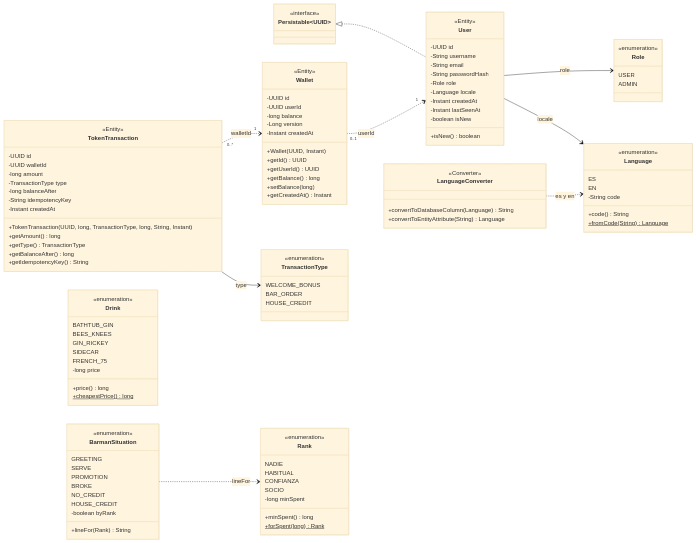
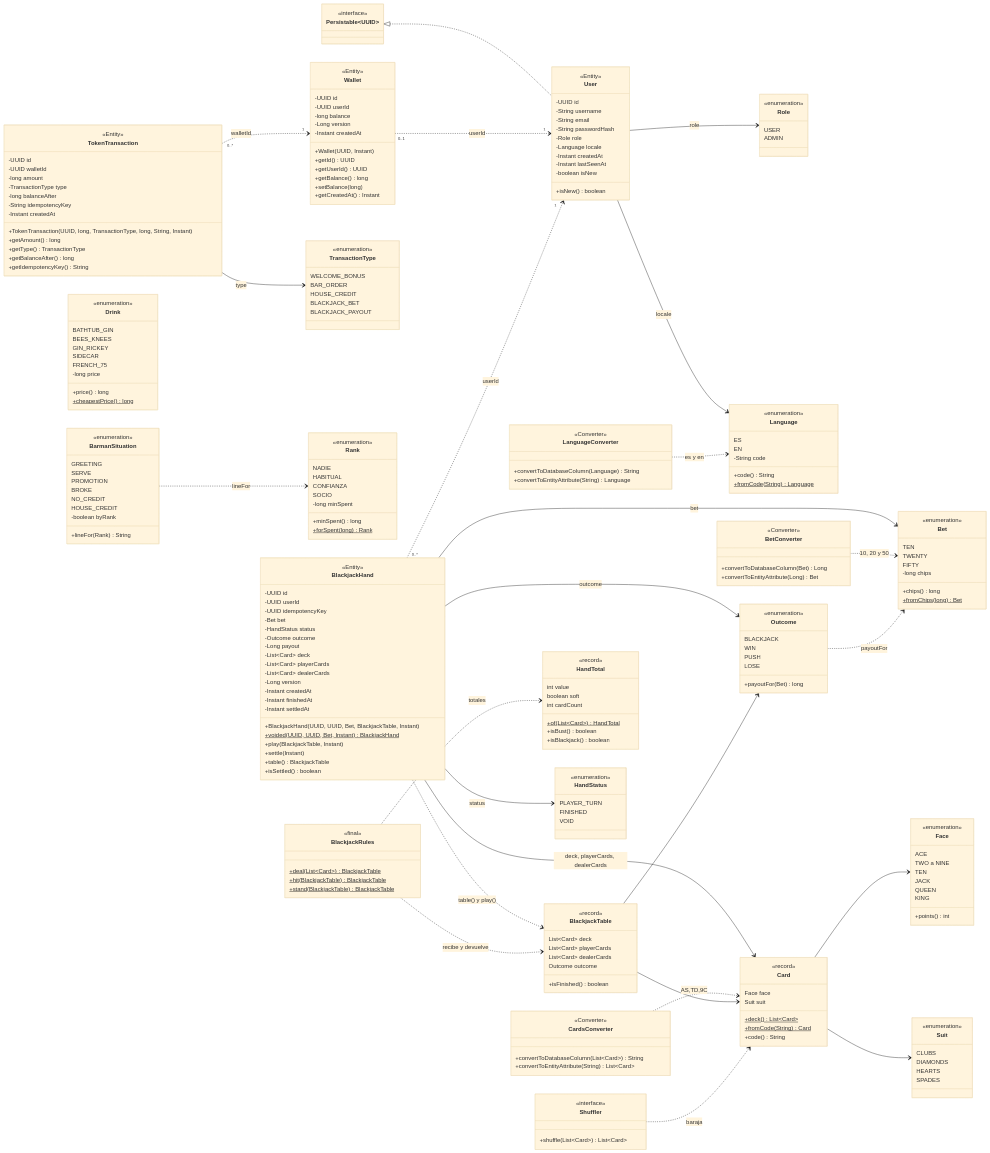
Before and after one commit to iulian640/iulianlounge-backend: the second of 6 diagrams in docs/diagramas.md, drawn with Mermaid (base theme). The commit also changed other lines of this file and 3 other files, not shown here.

Commit message:
docs: blackjack in the diagrams, README and architecture (V7) IUL-75

````diff
--- a/docs/diagramas.md
+++ b/docs/diagramas.md
@@ -153,6 +183,8 @@
         WELCOME_BONUS
         BAR_ORDER
         HOUSE_CREDIT
+        BLACKJACK_BET
+        BLACKJACK_PAYOUT
     }
 
     class Rank {
@@ -190,6 +222,127 @@
         +lineFor(Rank) String
     }
 
+    class BlackjackHand {
+        <<Entity>>
+        -UUID id
+        -UUID userId
+        -UUID idempotencyKey
+        -Bet bet
+        -HandStatus status
+        -Outcome outcome
+        -Long payout
+        -List~Card~ deck
+        -List~Card~ playerCards
+        -List~Card~ dealerCards
+        -Long version
+        -Instant createdAt
+        -Instant finishedAt
+        -Instant settledAt
+        +BlackjackHand(UUID, UUID, Bet, BlackjackTable, Instant)
+        +voided(UUID, UUID, Bet, Instant)$ BlackjackHand
+        +play(BlackjackTable, Instant)
+        +settle(Instant)
+        +table() BlackjackTable
+        +isSettled() boolean
+    }
+
+    class BlackjackTable {
+        <<record>>
+        List~Card~ deck
+        List~Card~ playerCards
+        List~Card~ dealerCards
+        Outcome outcome
+        +isFinished() boolean
+    }
+
+    class BlackjackRules {
+        <<final>>
+        +deal(List~Card~)$ BlackjackTable
+        +hit(BlackjackTable)$ BlackjackTable
+        +stand(BlackjackTable)$ BlackjackTable
+    }
+
+    class Shuffler {
+        <<interface>>
+        +shuffle(List~Card~) List~Card~
+    }
+
+    class Card {
+        <<record>>
+        Face face
+        Suit suit
+        +deck()$ List~Card~
+        +fromCode(String)$ Card
+        +code() String
+    }
+
+    class Face {
+        <<enumeration>>
+        ACE
+        TWO a NINE
+        TEN
+        JACK
+        QUEEN
+        KING
+        +points() int
+    }
+
+    class Suit {
+        <<enumeration>>
+        CLUBS
+        DIAMONDS
+        HEARTS
+        SPADES
+    }
+
+    class HandTotal {
+        <<record>>
+        int value
+        boolean soft
+        int cardCount
+        +of(List~Card~)$ HandTotal
+        +isBust() boolean
+        +isBlackjack() boolean
+    }
+
+    class Bet {
+        <<enumeration>>
+        TEN
+        TWENTY
+        FIFTY
+        -long chips
+        +chips() long
+        +fromChips(long)$ Bet
+    }
+
+    class Outcome {
+        <<enumeration>>
+        BLACKJACK
+        WIN
+        PUSH
+        LOSE
+        +payoutFor(Bet) long
+    }
+
+    class HandStatus {
+        <<enumeration>>
+        PLAYER_TURN
+        FINISHED
+        VOID
+    }
+
+    class BetConverter {
+        <<Converter>>
+        +convertToDatabaseColumn(Bet) Long
+        +convertToEntityAttribute(Long) Bet
+    }
+
+    class CardsConverter {
+        <<Converter>>
+        +convertToDatabaseColumn(List~Card~) String
+        +convertToEntityAttribute(String) List~Card~
+    }
+
     Persistable~UUID~ <|.. User
     User --> Role : role
     User --> Language : locale
@@ -198,4 +351,20 @@
     TokenTransaction "0..*" ..> "1" Wallet : walletId
     TokenTransaction --> TransactionType : type
     BarmanSituation ..> Rank : lineFor
+    BlackjackHand "0..*" ..> "1" User : userId
+    BlackjackHand --> Bet : bet
+    BlackjackHand --> HandStatus : status
+    BlackjackHand --> Outcome : outcome
+    BlackjackHand --> Card : deck, playerCards, dealerCards
+    BlackjackHand ..> BlackjackTable : table() y play()
+    BetConverter ..> Bet : 10, 20 y 50
+    CardsConverter ..> Card : AS,TD,9C
+    BlackjackRules ..> BlackjackTable : recibe y devuelve
+    BlackjackRules ..> HandTotal : totales
+    BlackjackTable --> Card
+    BlackjackTable --> Outcome
+    Card --> Face
+    Card --> Suit
+    Outcome ..> Bet : payoutFor
+    Shuffler ..> Card : baraja
 ```
````
